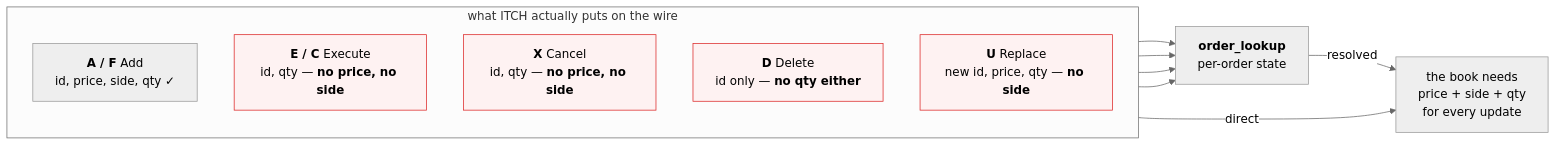
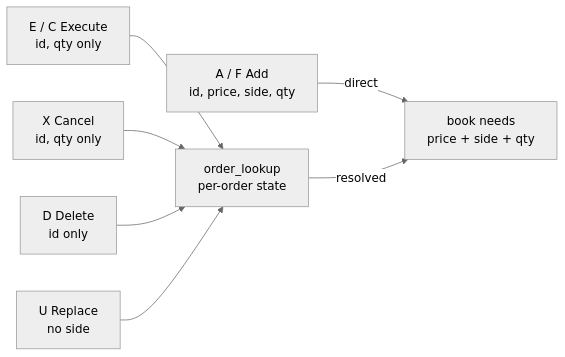
The first of 5 diagrams in docs/diagrams/order_lookup.md (Rushmello369/fpga-feed-handler), drawn with Mermaid (neutral theme) before and after one commit. The commit also changed other lines of this file and 12 other files, not shown here.

Commit message:
add diagrams for system and module architectures

````diff
--- a/docs/diagrams/order_lookup.md
+++ b/docs/diagrams/order_lookup.md
@@ -13,23 +13,9 @@
 ```mermaid
 flowchart LR
-    subgraph WIRE["what ITCH actually puts on the wire"]
-        direction TB
-        W1["<b>A / F</b> Add<br/>id, price, side, qty ✓"]
-        W2["<b>E / C</b> Execute<br/>id, qty — <b>no price, no side</b>"]
-        W3["<b>X</b> Cancel<br/>id, qty — <b>no price, no side</b>"]
-        W4["<b>D</b> Delete<br/>id only — <b>no qty either</b>"]
-        W5["<b>U</b> Replace<br/>new id, price, qty — <b>no side</b>"]
-    end
-
-    NEED["the book needs<br/>price + side + qty<br/>for every update"]
-
-    W1 -->|"direct"| NEED
-    W2 --> OL["<b>order_lookup</b><br/>per-order state"]
-    W3 --> OL
-    W4 --> OL
-    W5 --> OL
-    OL -->|"resolved"| NEED
-
-    classDef gap fill:#fef2f2,stroke:#dc2626
-    class W2,W3,W4,W5 gap
+    W1[A / F Add<br/>id, price, side, qty] -->|direct| NEED[book needs<br/>price + side + qty]
+    W2[E / C Execute<br/>id, qty only] --> OL[order_lookup<br/>per-order state]
+    W3[X Cancel<br/>id, qty only] --> OL
+    W4[D Delete<br/>id only] --> OL
+    W5[U Replace<br/>no side] --> OL
+    OL -->|resolved| NEED
 ```
````
